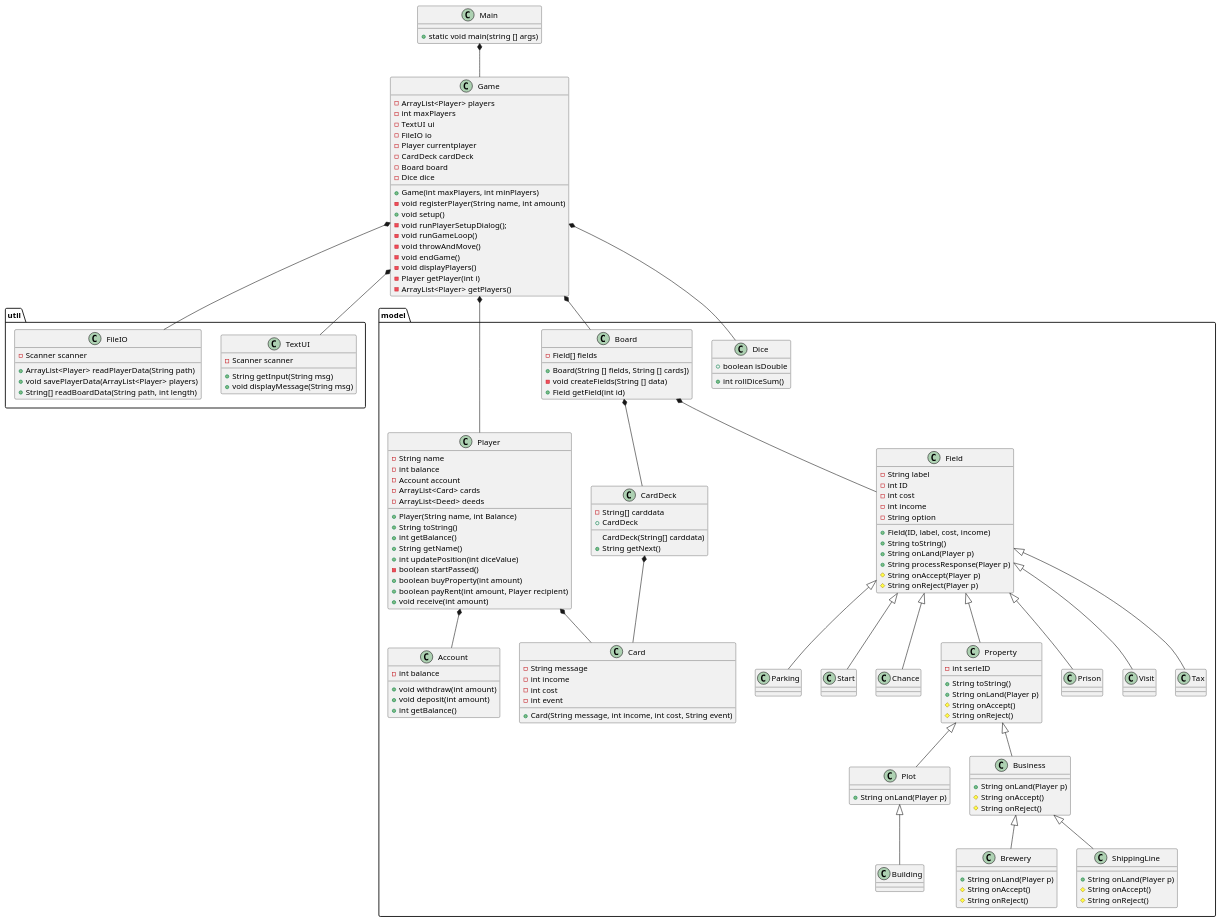
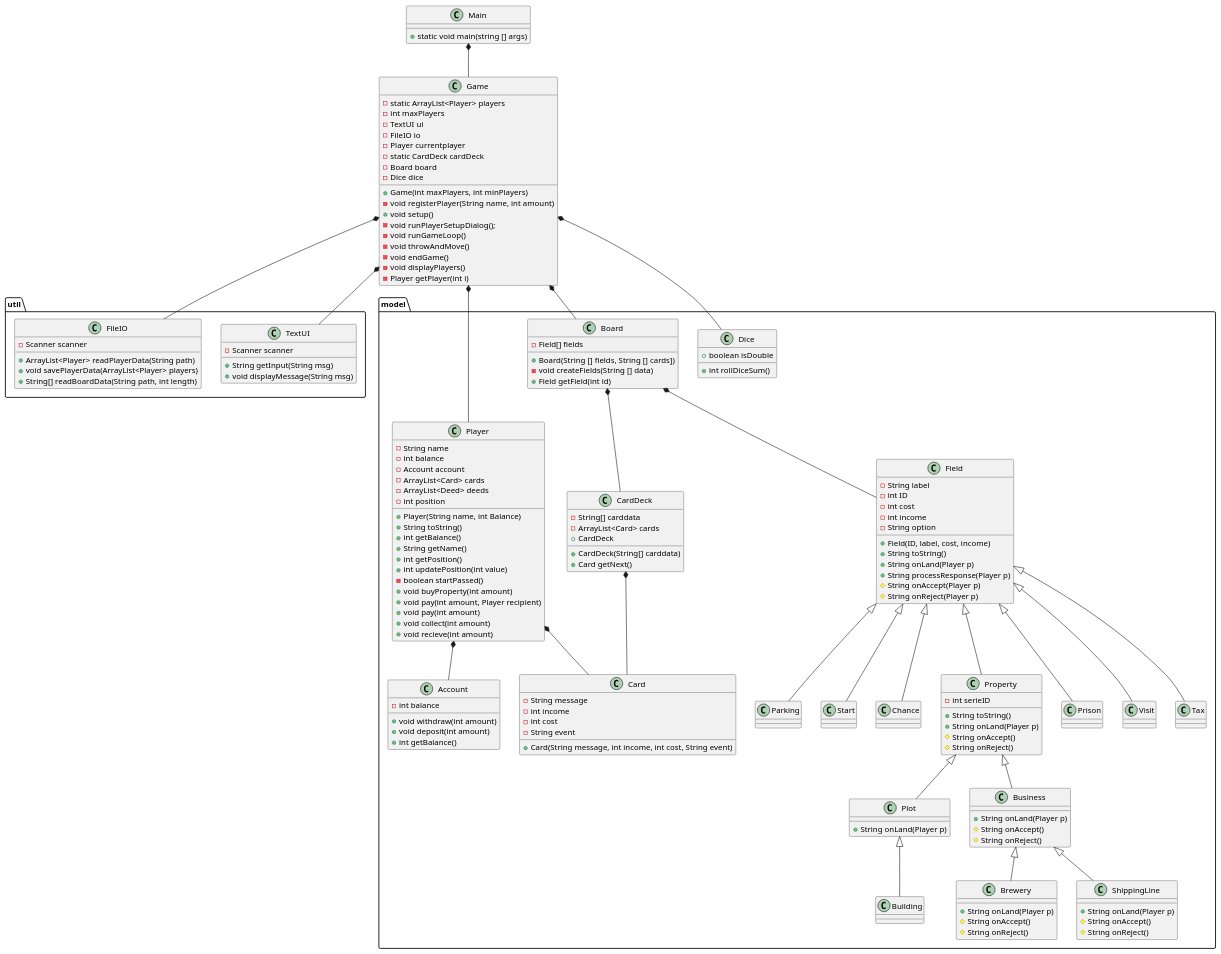
One commit to tessG/Monopoly24 changed the diagram in doc/classdiagram_5.puml. Above: the diagram before and after it, drawn with PlantUML.

Commit message:
field hierarchy

```diff
--- a/doc/classdiagram_5.puml
+++ b/doc/classdiagram_5.puml
@@ -1,166 +1,169 @@
 @startuml
 'Domænemodellen giver nye entity klasser
 'Pakker, model og util
 
 
 class Main
 class Game
 package "util"{
     class TextUI
     class FileIO
 }
 
 package "model"{
     class Player
     class Field
       class Dice
       class Account
       class CardDeck
        class Card
       class Board
-      class Visit
-      class Tax
-      class Parking
-      class Start
-    class Chance
-    class Property
-    class Prison
-    class Plot
-    class Building
-    class Business
-    class ShippingLine
-    class Brewery
+          class Visit
+            class Tax
+            class Parking
+            class Start
+          class Chance
+          class Property
+          class Prison
+          class Plot
+          class Building
+          class Business
+          class ShippingLine
+          class Brewery
 }
 
 Main *-- Game
 Game *-- TextUI
 Game *-- FileIO
 Game *-- Player
 Player *-- Account
 Player *-- Card
 Game *--Board
 Game *-- Dice
 Board *-- Field
 Board *-- CardDeck
 CardDeck *-- Card
 Field <|-- Visit
 Field <|-- Tax
 Field <|-- Parking
 Field <|-- Start
 Field <|-- Chance
 Field <|-- Property
 Field <|-- Prison
 Property <|-- Plot
 Plot <|-- Building
 Property <|-- Business
 Business <|-- ShippingLine
 Business <|-- Brewery
 
 
 Main : + static void main(string [] args)
 
 Player  : - String name
 Player  : - int balance
 '---_new-----
 Player : - Account account
 Player : - ArrayList<Card> cards
 Player : - ArrayList<Deed> deeds
 '-----------
 Player  : + Player(String name, int Balance)
+Player : - int position
 Player  : + String toString()
 Player  : + int getBalance()
 Player : + String getName()
+Player : + int getPosition()
 '----new-----
-Player : +int updatePosition(int diceValue)
+Player  : +int updatePosition(int value)
 Player : -boolean startPassed()
-Player : + boolean buyProperty(int amount)
-Player : + boolean payRent(int amount, Player recipient)
-Player : + void receive(int amount)
+Player : + void buyProperty(int amount)
+Player : + void pay(int amount, Player recipient)
+Player : + void pay(int amount)
+Player : + void collect(int amount)
+Player : + void recieve(int amount)
 
 '-----------
-Account  : - int balance
+Account :  - int balance
 Account  : + void withdraw(int amount)
 Account  : + void deposit(int amount)
 Account  : + int getBalance()
 
-Game : - ArrayList<Player> players
+Game : - static ArrayList<Player> players
 Game : - int maxPlayers
 Game : - TextUI ui
 Game : - FileIO io
 Game : - Player currentplayer
-Game : - CardDeck cardDeck
+Game : - static CardDeck cardDeck
 Game : - Board board
 Game : - Dice dice
 Game : + Game(int maxPlayers, int minPlayers)
 Game : - void registerPlayer(String name, int amount)
 Game : + void setup()
 Game : - void runPlayerSetupDialog();
 Game : - void runGameLoop()
 Game : - void throwAndMove()
 Game : - void endGame()
 Game : - void displayPlayers()
 Game : - Player getPlayer(int i)
-Game : - ArrayList<Player> getPlayers()
 
 TextUI : + String getInput(String msg)
 TextUI : - Scanner scanner
 TextUI : + void displayMessage(String msg)
 
 
 FileIO : - Scanner scanner
 FileIO : + ArrayList<Player> readPlayerData(String path)
 FileIO : + void savePlayerData(ArrayList<Player> players)
 FileIO : + String[] readBoardData(String path, int length)
 
 Field : - String label
 Field : - int ID
 Field : - int cost
 Field : - int income
 Field : - String option
 Field : + Field(ID, label, cost, income)
 Field : + String toString()
 Field : + String onLand(Player p)
 Field : + String processResponse(Player p)
 Field : # String onAccept(Player p)
 Field : # String onReject(Player p)
 
 
 Property : - int serieID
 Property : + String toString()
 Property : + String onLand(Player p)
 Property : # String onAccept()
 Property : # String onReject()
 
 Plot : + String onLand(Player p)
-
 Business : + String onLand(Player p)
 Business : # String onAccept()
 Business : # String onReject()
 
 ShippingLine : + String onLand(Player p)
 ShippingLine : # String onAccept()
 ShippingLine : # String onReject()
 
 Brewery : + String onLand(Player p)
 Brewery : # String onAccept()
 Brewery : # String onReject()
 
 Board : - Field[] fields
 Board : + Board(String [] fields, String [] cards])
 Board : - void createFields(String [] data)
 Board : + Field getField(int id)
 
 CardDeck : - String[] carddata
+CardDeck : - ArrayList<Card> cards
 CardDeck : + CardDeck
-CardDeck : CardDeck(String[] carddata)
-CardDeck : + String getNext()
+CardDeck : + CardDeck(String[] carddata)
+CardDeck : + Card getNext()
 
 Card : -String message
 Card : -int income
 Card : -int cost
-Card : -int event
+Card : -String event
 Card : +Card(String message, int income, int cost, String event)
 
 Dice : +boolean isDouble
 Dice : +int rollDiceSum()
 @enduml
```
